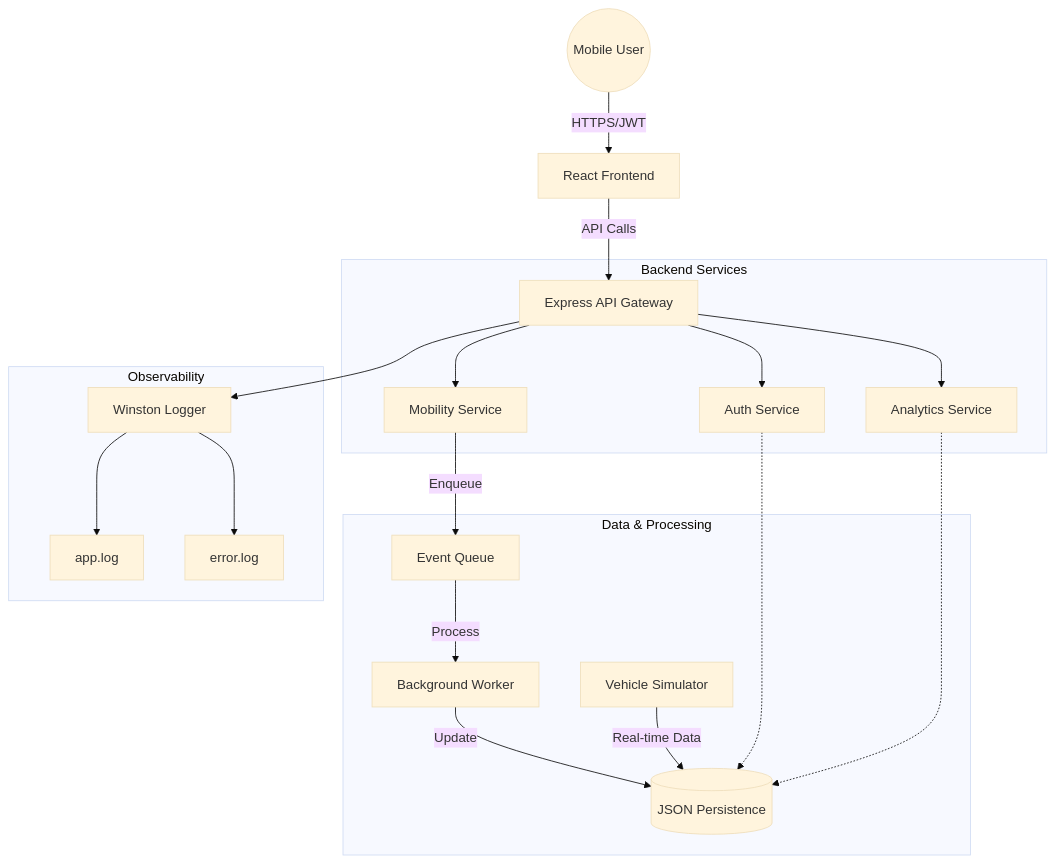
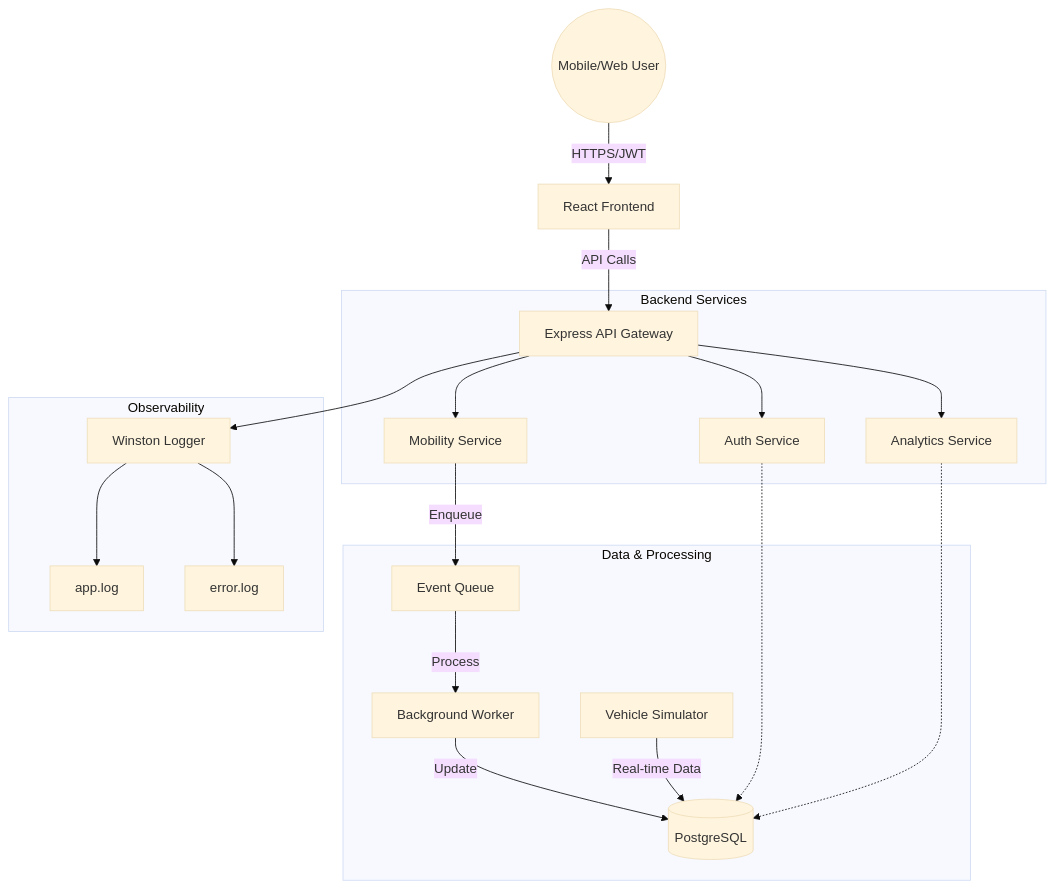
One commit to rishisportsit/urbanmove changed the diagram in urbanmove/README.md. Above: the diagram before and after it, drawn with Mermaid (base theme). The commit also changed other lines of this file, not shown here.

````diff
--- a/urbanmove/README.md
+++ b/urbanmove/README.md
@@ -7,26 +18,26 @@
 ```mermaid
 graph TD
-    User((Mobile User)) -->|HTTPS/JWT| WebUI[React Frontend]
+    User((Mobile/Web User)) -->|HTTPS/JWT| WebUI[React Frontend]
     WebUI -->|API Calls| API[Express API Gateway]
     
     subgraph "Backend Services"
         API --> Auth[Auth Service]
         API --> Mobility[Mobility Service]
         API --> Analytics[Analytics Service]
     end
     
     subgraph "Data & Processing"
         Mobility -->|Enqueue| Queue[Event Queue]
         Queue -->|Process| Worker[Background Worker]
-        Worker -->|Update| DB[(JSON Persistence)]
+        Worker -->|Update| DB[(PostgreSQL)]
         Simulator[Vehicle Simulator] -->|Real-time Data| DB
         Auth -.-> DB
         Analytics -.-> DB
     end
     
     subgraph "Observability"
         API --> Logger[Winston Logger]
         Logger --> AppLog[app.log]
         Logger --> ErrLog[error.log]
     end
 ```
````
